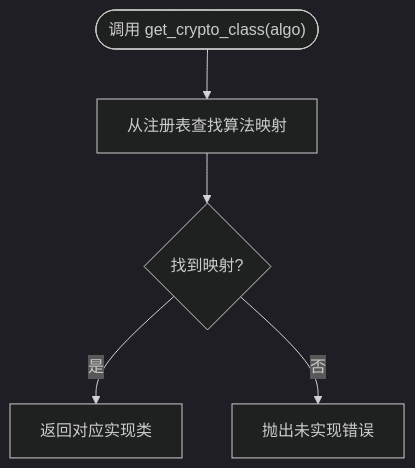
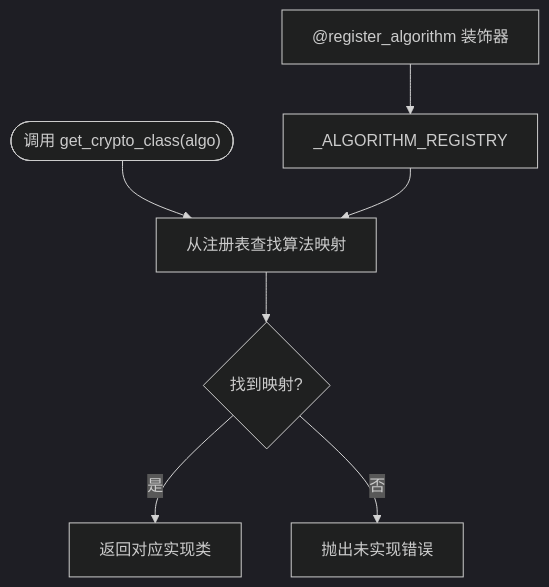
One commit to lilinzezzzzzz/fastapi-backend changed the fifth of 8 diagrams in .qoder/repowiki/zh/content/基础设施工具/加密工具.md. Above: the diagram before and after it, drawn with Mermaid (dark theme). The commit also changed other lines of this file and 38 other files, not shown here.

````diff
--- a/.qoder/repowiki/zh/content/基础设施工具/加密工具.md
+++ b/.qoder/repowiki/zh/content/基础设施工具/加密工具.md
@@ -168,7 +223,9 @@
 ```mermaid
 flowchart TD
 Start(["调用 get_crypto_class(algo)"]) --> Lookup["从注册表查找算法映射"]
 Lookup --> Found{"找到映射?"}
 Found --> |是| ReturnClass["返回对应实现类"]
 Found --> |否| RaiseError["抛出未实现错误"]
+Register["@register_algorithm 装饰器"] --> Registry["_ALGORITHM_REGISTRY"]
+Registry --> Lookup
 ```
````
